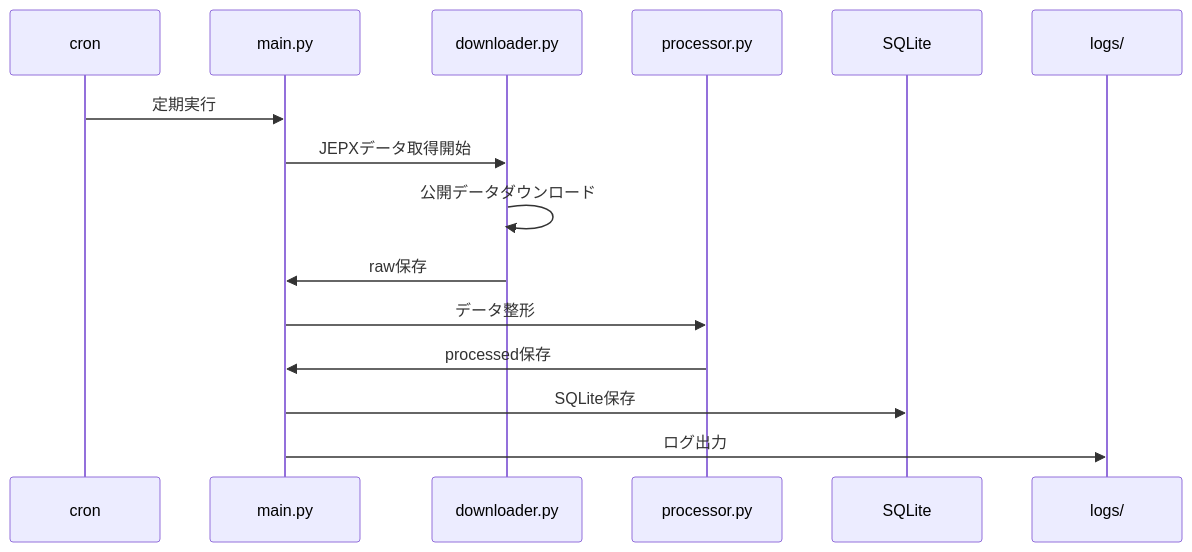
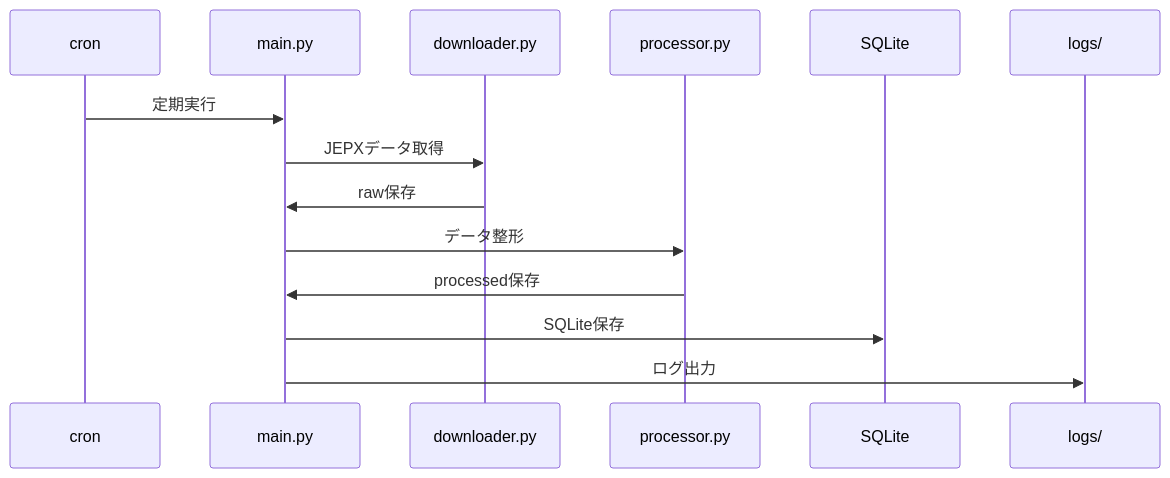
One commit to banzai80311315/jepx-data-analytics-platform changed the seventh of 10 diagrams in README.md. Above: the diagram before and after it, drawn with Mermaid. The commit also changed other lines of this file, not shown here.

````diff
--- a/README.md
+++ b/README.md
@@ -142,18 +209,17 @@
 ```mermaid
 sequenceDiagram
     participant C as cron
     participant M as main.py
     participant D as downloader.py
     participant P as processor.py
     participant DB as SQLite
     participant LOG as logs/
 
     C->>M: 定期実行
-    M->>D: JEPXデータ取得開始
-    D->>D: 公開データダウンロード
+    M->>D: JEPXデータ取得
     D->>M: raw保存
     M->>P: データ整形
     P->>M: processed保存
     M->>DB: SQLite保存
     M->>LOG: ログ出力
 ```
````
